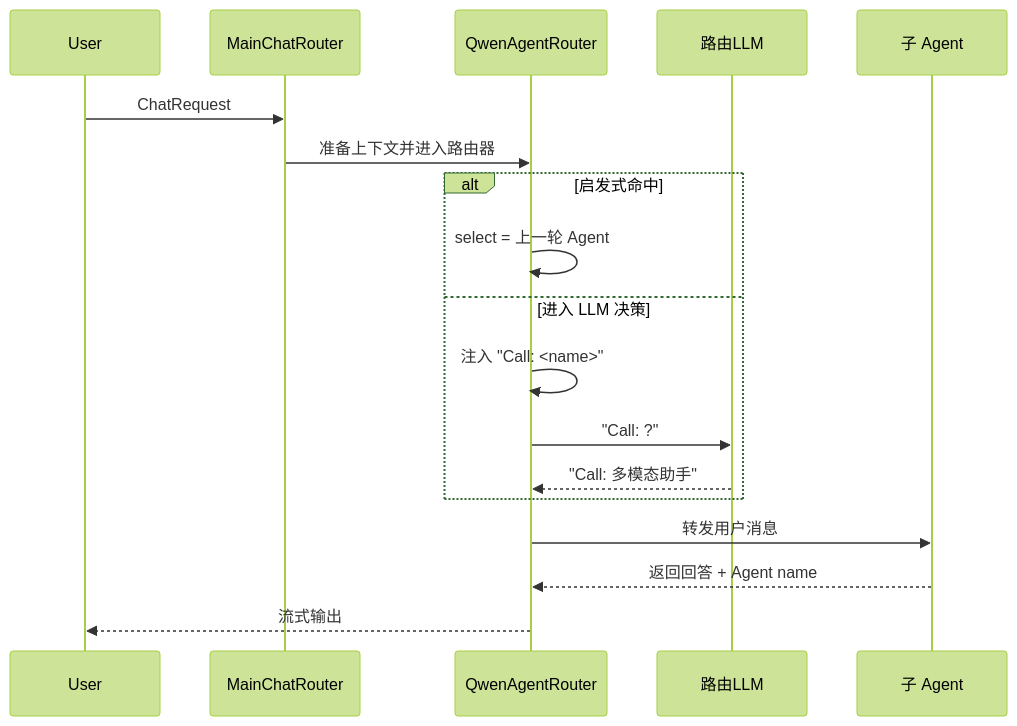
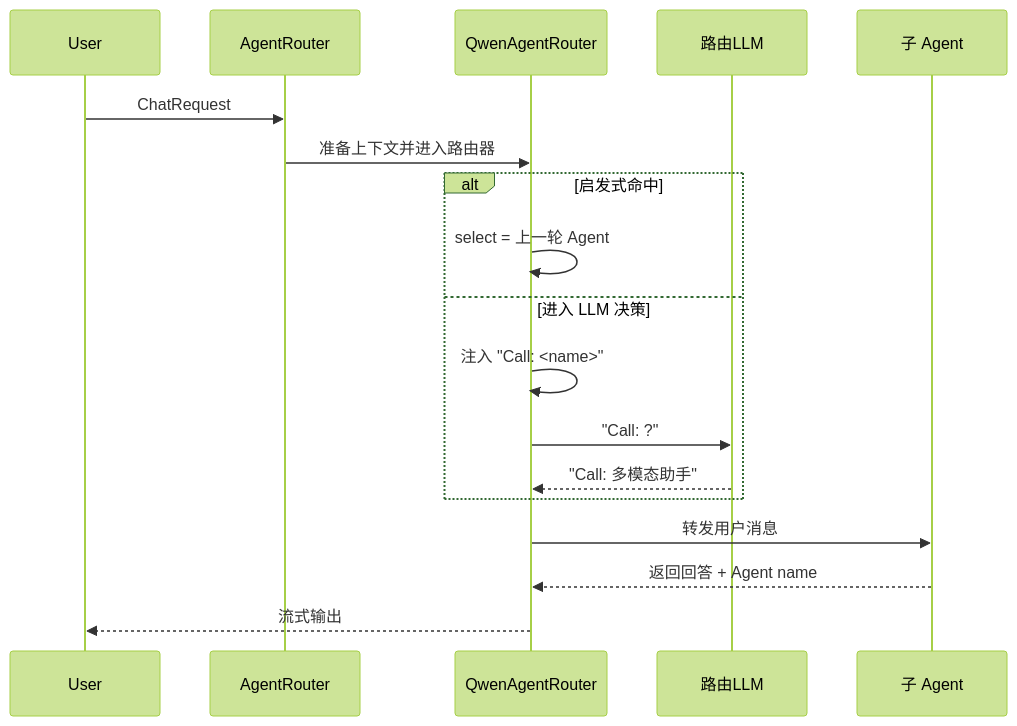
One commit to YueYongDev/Alfred changed the third of 13 diagrams in docs/multi-agent-routing.md. Above: the diagram before and after it, drawn with Mermaid (forest theme). The commit also changed other lines of this file and 15 other files, not shown here.

````diff
--- a/docs/multi-agent-routing.md
+++ b/docs/multi-agent-routing.md
@@ -89,23 +89,23 @@
 ```mermaid
 sequenceDiagram
     participant U as User
-    participant M as MainChatRouter
+    participant M as AgentRouter
     participant R as QwenAgentRouter
     participant L as 路由LLM
     participant SA as 子 Agent
 
     U->>M: ChatRequest
     M->>R: 准备上下文并进入路由器
 
     alt 启发式命中
         R->>R: select = 上一轮 Agent
     else 进入 LLM 决策
         R->>R: 注入 "Call: <name>"
         R->>L: "Call: ?"
         L-->>R: "Call: 多模态助手"
     end
 
     R->>SA: 转发用户消息
     SA-->>R: 返回回答 + Agent name
     R-->>U: 流式输出
 ```
````
